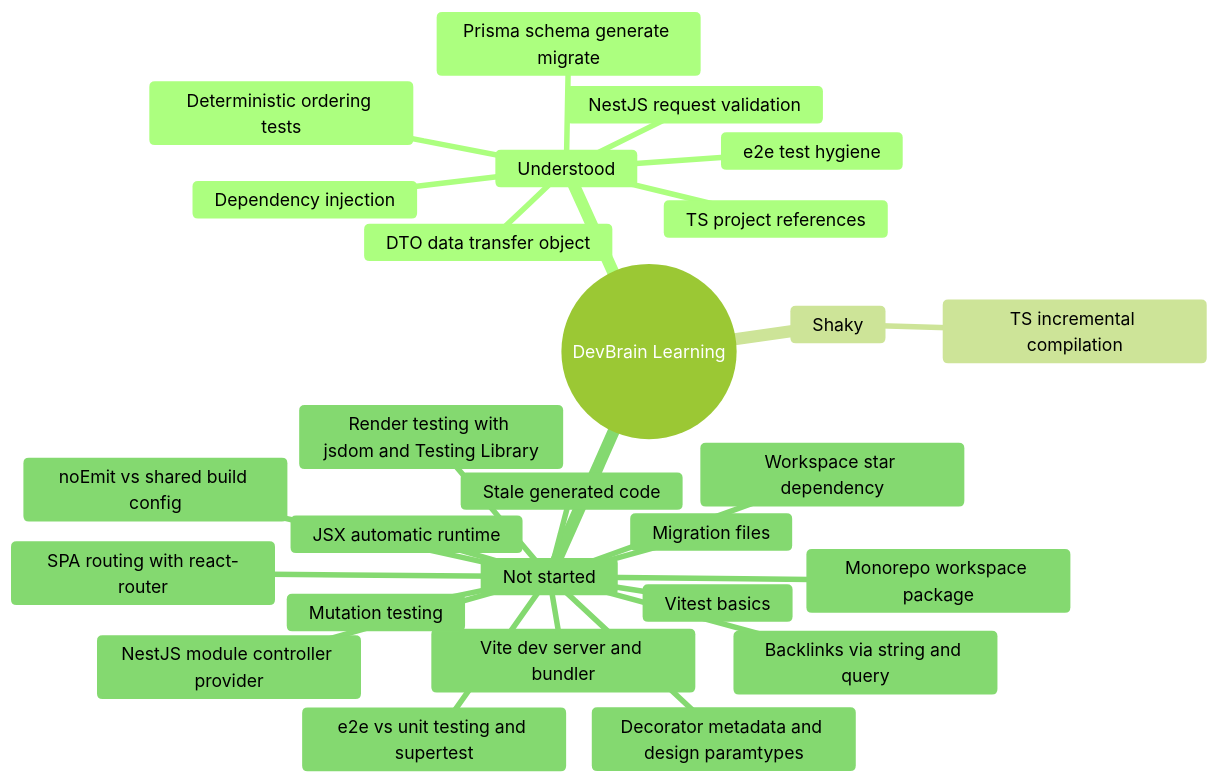
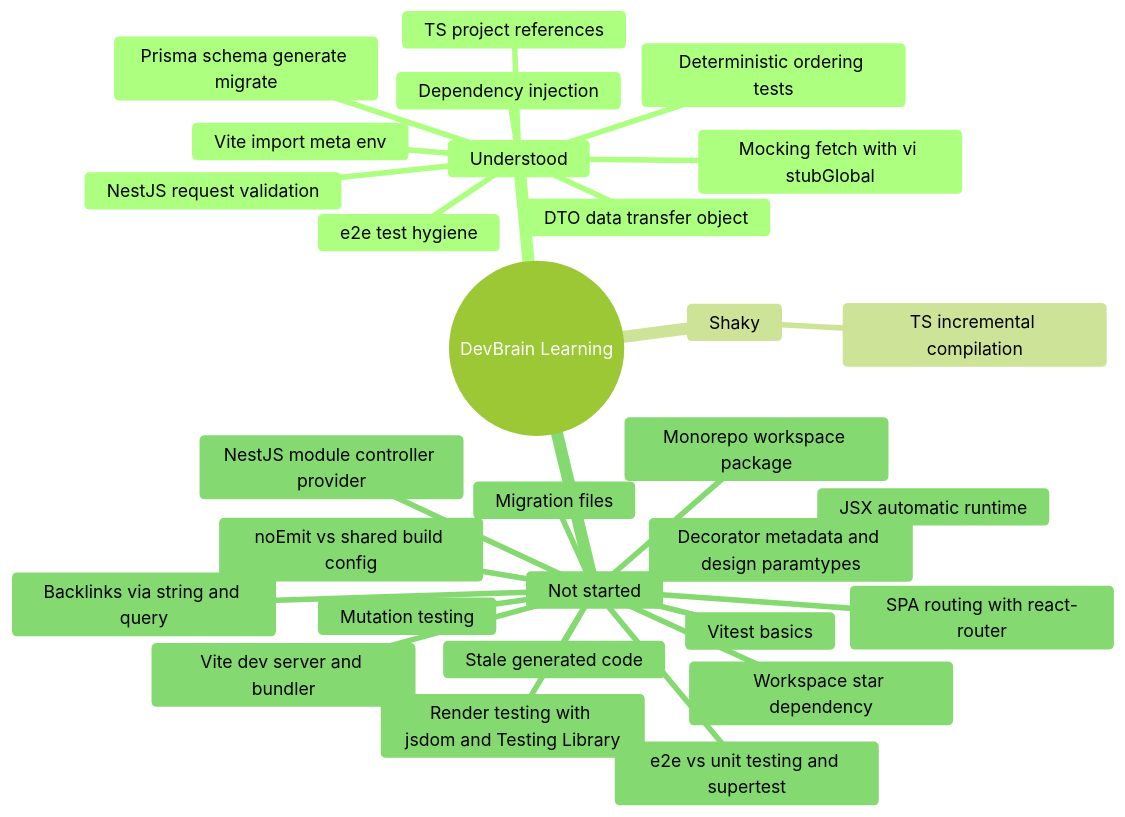
One commit to Phonghigh/DevBrain changed the diagram in docs/LEARNING_LOG.md. Above: the diagram before and after it, drawn with Mermaid (forest theme). The commit also changed other lines of this file and 8 other files, not shown here.

````diff
--- a/docs/LEARNING_LOG.md
+++ b/docs/LEARNING_LOG.md
@@ -45,30 +47,32 @@
 ```mermaid
 mindmap
   root((DevBrain Learning))
     Understood
       Dependency injection
       Prisma schema generate migrate
       TS project references
       DTO data transfer object
       NestJS request validation
       e2e test hygiene
       Deterministic ordering tests
+      Vite import meta env
+      Mocking fetch with vi stubGlobal
     Shaky
       TS incremental compilation
     Not started
       Monorepo workspace package
       Vitest basics
       NestJS module controller provider
       Vite dev server and bundler
       SPA routing with react-router
       JSX automatic runtime
       e2e vs unit testing and supertest
       Decorator metadata and design paramtypes
       Render testing with jsdom and Testing Library
       Mutation testing
       Backlinks via string and query
       Migration files
       Stale generated code
       Workspace star dependency
       noEmit vs shared build config
 ```
````
